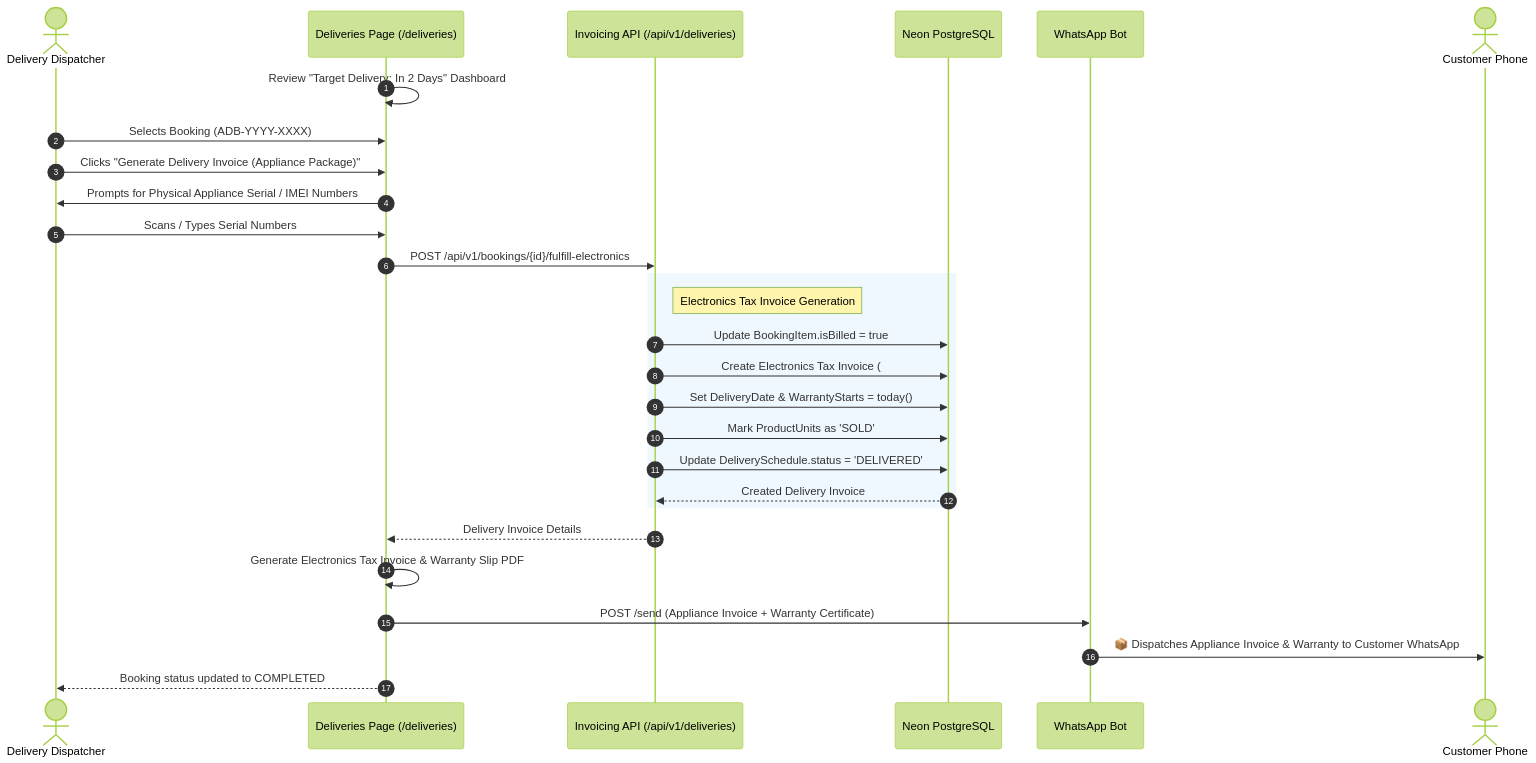
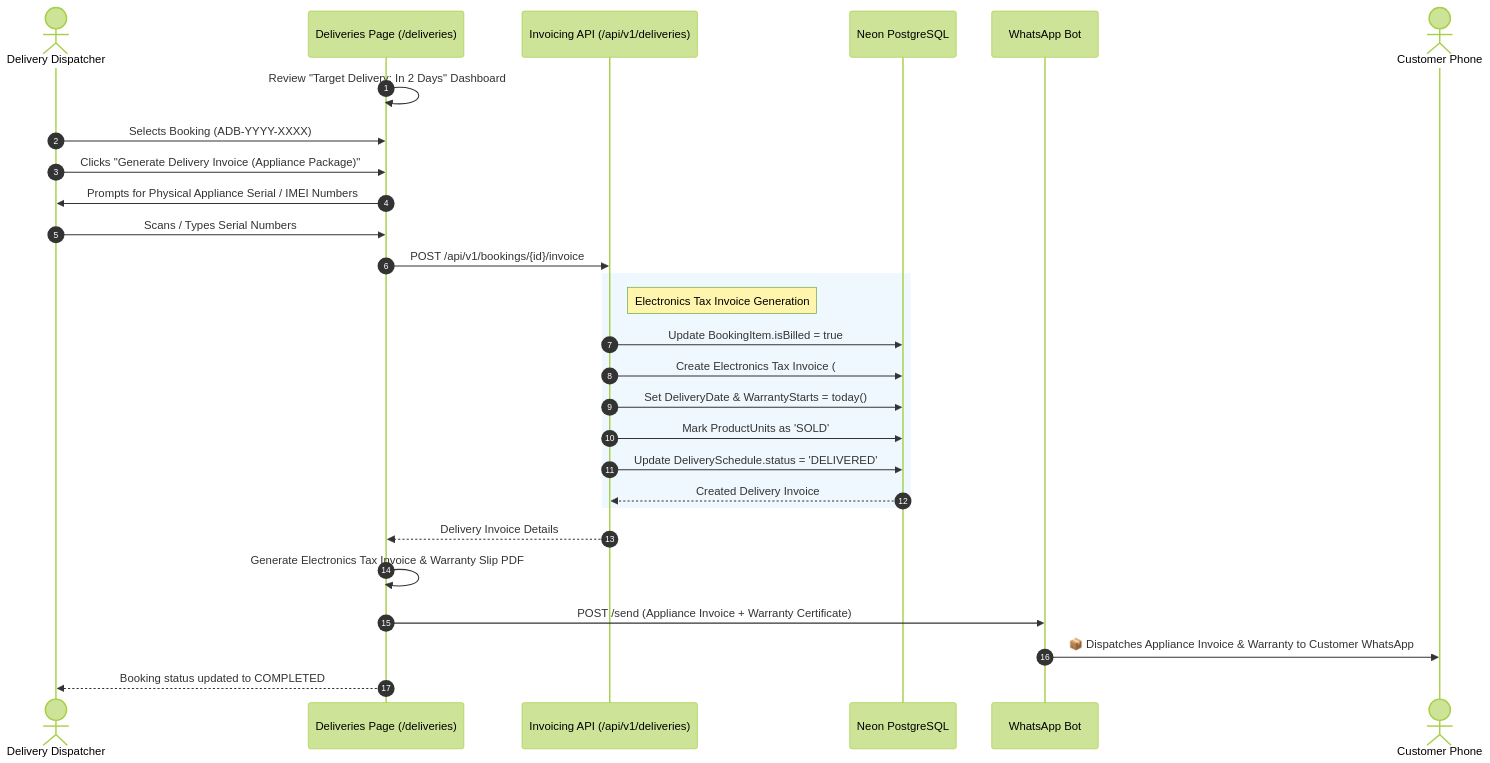
The third of 5 diagrams in Furniture-and-Electronics/docs/04_DATA_FLOW.md (menariyavishal/laxmi-furnitures-electronics), drawn with Mermaid (forest theme) before and after one commit. The commit also changed 50 other files, not shown here.

````diff
--- a/Furniture-and-Electronics/docs/04_DATA_FLOW.md
+++ b/Furniture-and-Electronics/docs/04_DATA_FLOW.md
@@ -110,33 +110,33 @@
 ```mermaid
 sequenceDiagram
     autonumber
     actor Staff as Delivery Dispatcher
     participant DelUI as Deliveries Page (/deliveries)
     participant API as Invoicing API (/api/v1/deliveries)
     participant DB as Neon PostgreSQL
     participant Bot as WhatsApp Bot
     actor Cust as Customer Phone
 
     DelUI->>DelUI: Review "Target Delivery: In 2 Days" Dashboard
     Staff->>DelUI: Selects Booking (ADB-YYYY-XXXX)
     Staff->>DelUI: Clicks "Generate Delivery Invoice (Appliance Package)"
     DelUI->>Staff: Prompts for Physical Appliance Serial / IMEI Numbers
     Staff->>DelUI: Scans / Types Serial Numbers
-    DelUI->>API: POST /api/v1/bookings/{id}/fulfill-electronics
+    DelUI->>API: POST /api/v1/bookings/{id}/invoice
     
     rect rgb(240, 248, 255)
         note right of API: Electronics Tax Invoice Generation
         API->>DB: Update BookingItem.isBilled = true
         API->>DB: Create Electronics Tax Invoice (#ELEC-YYYY-XXXX)
         API->>DB: Set DeliveryDate & WarrantyStarts = today()
         API->>DB: Mark ProductUnits as 'SOLD'
         API->>DB: Update DeliverySchedule.status = 'DELIVERED'
         DB-->>API: Created Delivery Invoice
     end
     API-->>DelUI: Delivery Invoice Details
 
     DelUI->>DelUI: Generate Electronics Tax Invoice & Warranty Slip PDF
     DelUI->>Bot: POST /send (Appliance Invoice + Warranty Certificate)
     Bot->>Cust: 📦 Dispatches Appliance Invoice & Warranty to Customer WhatsApp
     DelUI-->>Staff: Booking status updated to COMPLETED
 ```
````
